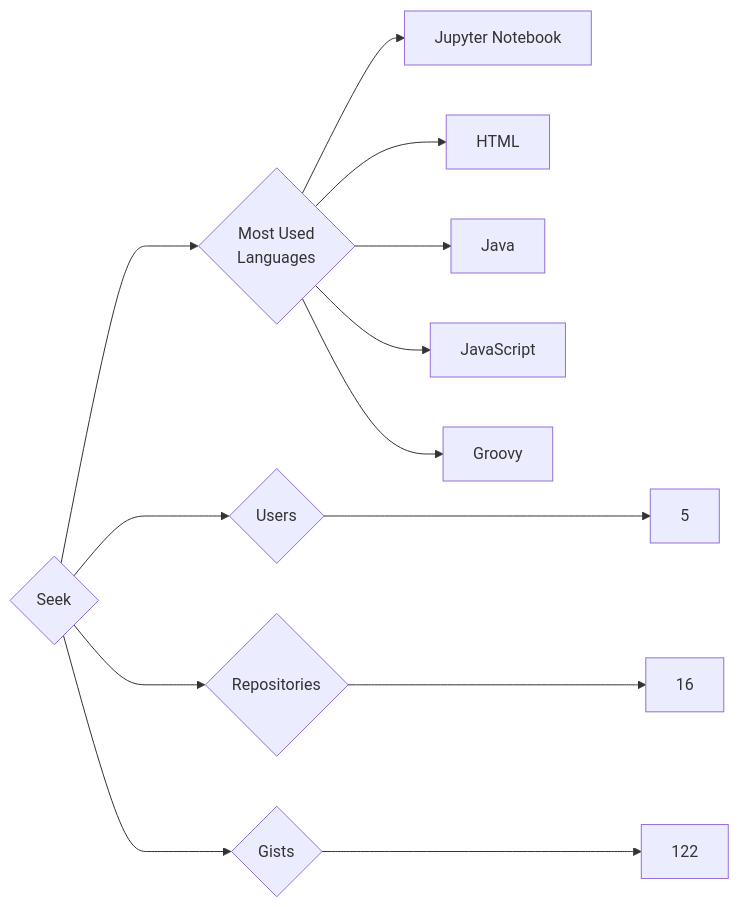
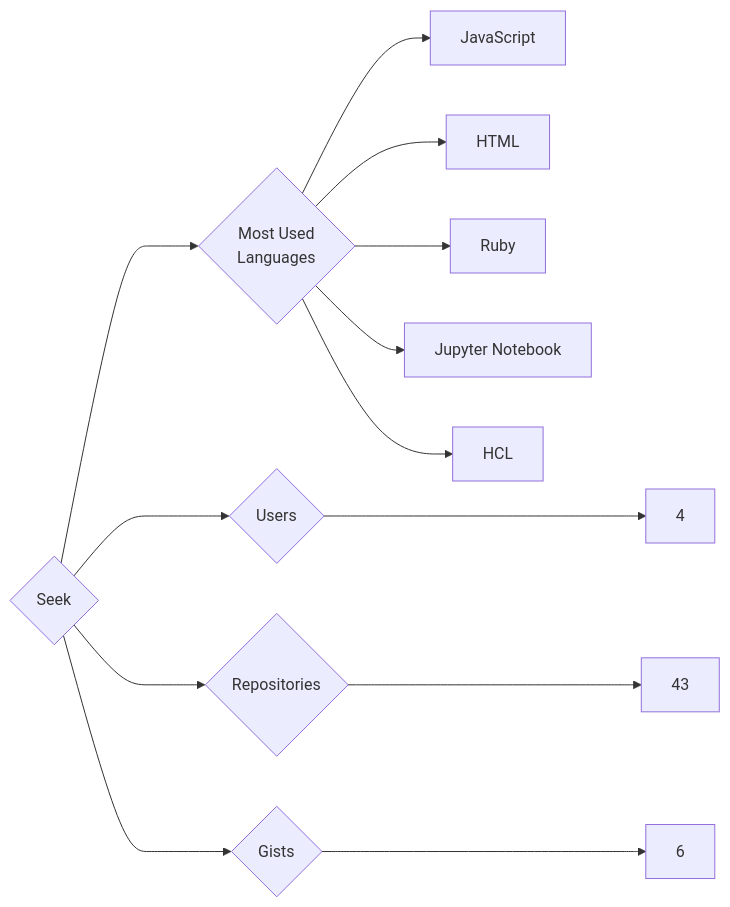
The diagram in targets/Seek/README.md (trickest/insiders), drawn with Mermaid before and after one commit. The commit also changed 860 other files, not shown here.

````diff
--- a/targets/Seek/README.md
+++ b/targets/Seek/README.md
@@ -3,13 +3,13 @@
 ```mermaid
 graph LR
 COMPANY_NAME{Seek}
-COMPANY_NAME ---> U{Users} ---> UN[5]
-COMPANY_NAME ---> R{Repositories} ---> RN[16]
-COMPANY_NAME ---> G{Gists} ---> GN[122]
+COMPANY_NAME ---> U{Users} ---> UN[4]
+COMPANY_NAME ---> R{Repositories} ---> RN[43]
+COMPANY_NAME ---> G{Gists} ---> GN[6]
 COMPANY_NAME ---> ML{Most Used<br>Languages}
+ML --> JavaScript[JavaScript]
+ML --> HTML[HTML]
+ML --> Ruby[Ruby]
 ML --> Jupyter_Notebook[Jupyter Notebook]
-ML --> HTML[HTML]
-ML --> Java[Java]
-ML --> JavaScript[JavaScript]
-ML --> Groovy[Groovy]
+ML --> HCL[HCL]
 ```
````
